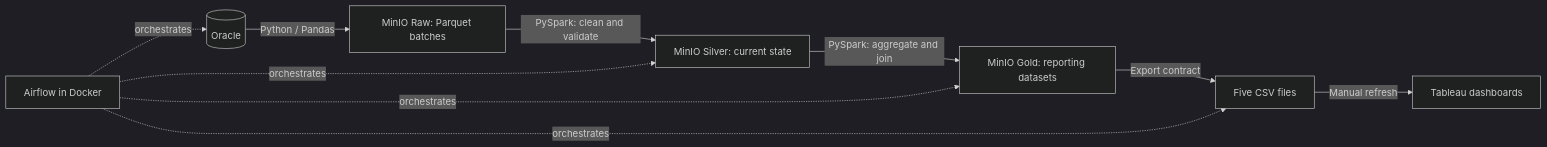
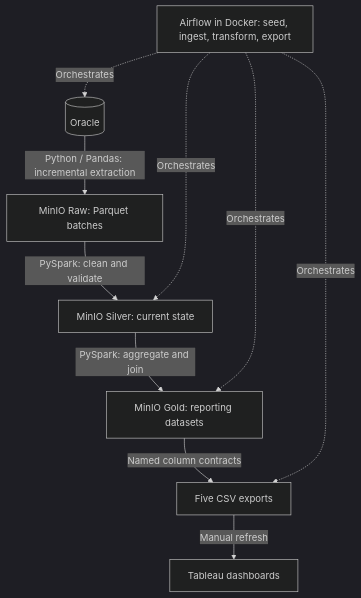
One commit to just-badr00/sanlam-insurance-data-pipeline changed the diagram in README.md. Above: the diagram before and after it, drawn with Mermaid (dark theme). The commit also changed other lines of this file and 4 other files, not shown here.

Commit message:
Add Tableau and Airflow previews to project README

````diff
--- a/README.md
+++ b/README.md
@@ -11,12 +32,12 @@
 ```mermaid
-flowchart LR
-    O[(Oracle)] -->|Python / Pandas| R[MinIO Raw: Parquet batches]
-    R -->|PySpark: clean and validate| S[MinIO Silver: current state]
-    S -->|PySpark: aggregate and join| G[MinIO Gold: reporting datasets]
-    G -->|Export contract| C[Five CSV files]
-    C -->|Manual refresh| T[Tableau dashboards]
-    A[Airflow in Docker] -. orchestrates .-> O
-    A -. orchestrates .-> S
-    A -. orchestrates .-> G
-    A -. orchestrates .-> C
+flowchart TD
+    O[(Oracle)] -->|"Python / Pandas: incremental extraction"| R["MinIO Raw: Parquet batches"]
+    R -->|"PySpark: clean and validate"| S["MinIO Silver: current state"]
+    S -->|"PySpark: aggregate and join"| G["MinIO Gold: reporting datasets"]
+    G -->|"Named column contracts"| C["Five CSV exports"]
+    C -->|"Manual refresh"| T["Tableau dashboards"]
+    A["Airflow in Docker: seed, ingest, transform, export"] -. "Orchestrates" .-> O
+    A -. "Orchestrates" .-> S
+    A -. "Orchestrates" .-> G
+    A -. "Orchestrates" .-> C
 ```
````
